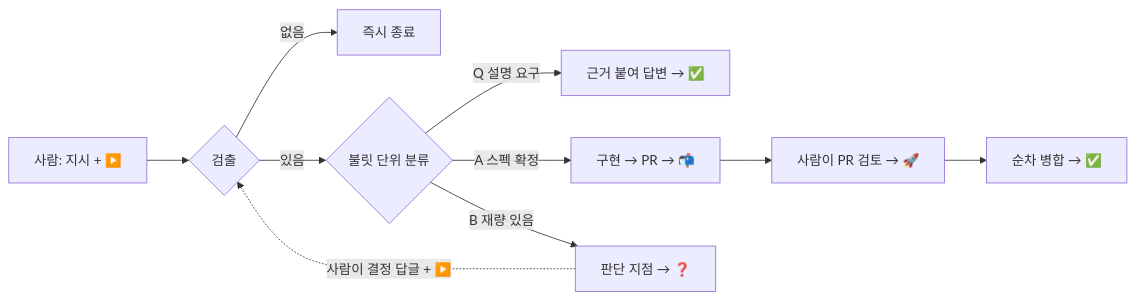
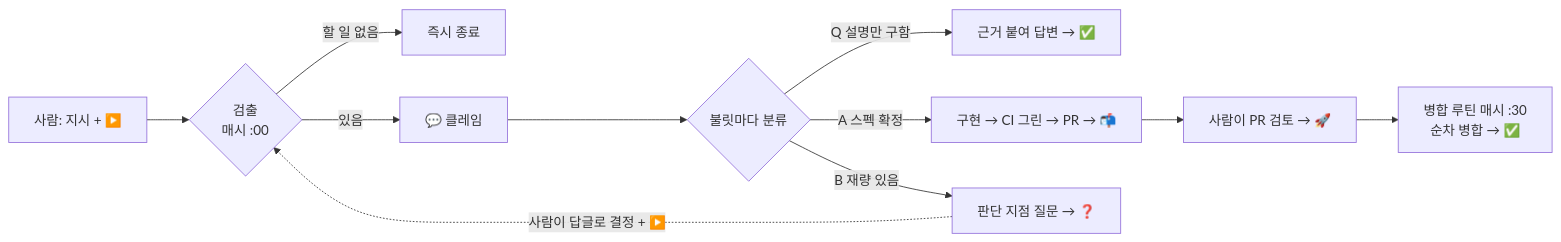
Before and after one commit to jonusHK/slack-autopilot: the first of 4 diagrams in README.md, drawn with Mermaid. The commit also changed other lines of this file and 8 other files, not shown here.

````diff
--- a/README.md
+++ b/README.md
@@ -6,11 +18,13 @@
 ```mermaid
 flowchart LR
-    H["사람: 지시 + ▶️"] --> D{"검출"}
-    D -->|없음| Z["즉시 종료"]
-    D -->|있음| T{"불릿 단위 분류"}
-    T -->|"Q 설명 요구"| QA["근거 붙여 답변 → ✅"]
-    T -->|"A 스펙 확정"| IM["구현 → PR → 📬"]
-    T -->|"B 재량 있음"| BQ["판단 지점 → ❓"]
-    BQ -.->|"사람이 결정 답글 + ▶️"| D
-    IM --> HU["사람이 PR 검토 → 🚀"] --> MG["순차 병합 → ✅"]
+    H["사람: 지시 + ▶️"] --> D{"검출<br/>매시 :00"}
+    D -->|"할 일 없음"| Z["즉시 종료"]
+    D -->|"있음"| C["💬 클레임"]
+    C --> T{"불릿마다 분류"}
+    T -->|"Q 설명만 구함"| QA["근거 붙여 답변 → ✅"]
+    T -->|"A 스펙 확정"| IM["구현 → CI 그린 → PR → 📬"]
+    T -->|"B 재량 있음"| BQ["판단 지점 질문 → ❓"]
+    BQ -. "사람이 답글로 결정 + ▶️" .-> D
+    IM --> HU["사람이 PR 검토 → 🚀"]
+    HU --> MG["병합 루틴 매시 :30<br/>순차 병합 → ✅"]
 ```
````
